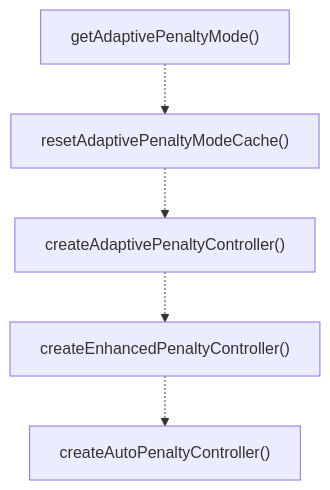
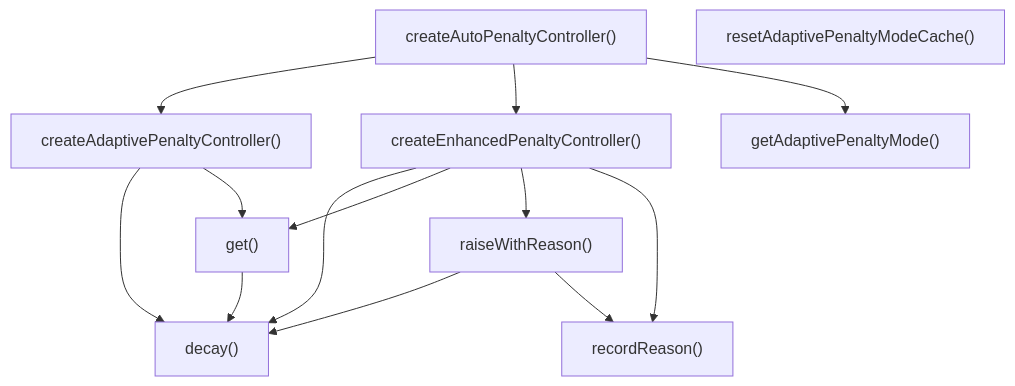
The second of 2 diagrams in ABDD/.pi/lib/adaptive-penalty.md (Mekann2904/mekann), drawn with Mermaid before and after one commit. The commit also changed other lines of this file and 277 other files, not shown here.

````diff
--- a/ABDD/.pi/lib/adaptive-penalty.md
+++ b/ABDD/.pi/lib/adaptive-penalty.md
@@ -77,12 +77,24 @@
 ```mermaid
 flowchart TD
+  createAdaptivePenaltyController["createAdaptivePenaltyController()"]
+  createAutoPenaltyController["createAutoPenaltyController()"]
+  createEnhancedPenaltyController["createEnhancedPenaltyController()"]
+  decay["decay()"]
+  get["get()"]
   getAdaptivePenaltyMode["getAdaptivePenaltyMode()"]
+  raiseWithReason["raiseWithReason()"]
+  recordReason["recordReason()"]
   resetAdaptivePenaltyModeCache["resetAdaptivePenaltyModeCache()"]
-  createAdaptivePenaltyController["createAdaptivePenaltyController()"]
-  createEnhancedPenaltyController["createEnhancedPenaltyController()"]
-  createAutoPenaltyController["createAutoPenaltyController()"]
-  getAdaptivePenaltyMode -.-> resetAdaptivePenaltyModeCache
-  resetAdaptivePenaltyModeCache -.-> createAdaptivePenaltyController
-  createAdaptivePenaltyController -.-> createEnhancedPenaltyController
-  createEnhancedPenaltyController -.-> createAutoPenaltyController
+  createAdaptivePenaltyController --> decay
+  createAdaptivePenaltyController --> get
+  createAutoPenaltyController --> createAdaptivePenaltyController
+  createAutoPenaltyController --> createEnhancedPenaltyController
+  createAutoPenaltyController --> getAdaptivePenaltyMode
+  createEnhancedPenaltyController --> decay
+  createEnhancedPenaltyController --> get
+  createEnhancedPenaltyController --> raiseWithReason
+  createEnhancedPenaltyController --> recordReason
+  get --> decay
+  raiseWithReason --> decay
+  raiseWithReason --> recordReason
 ```
````
